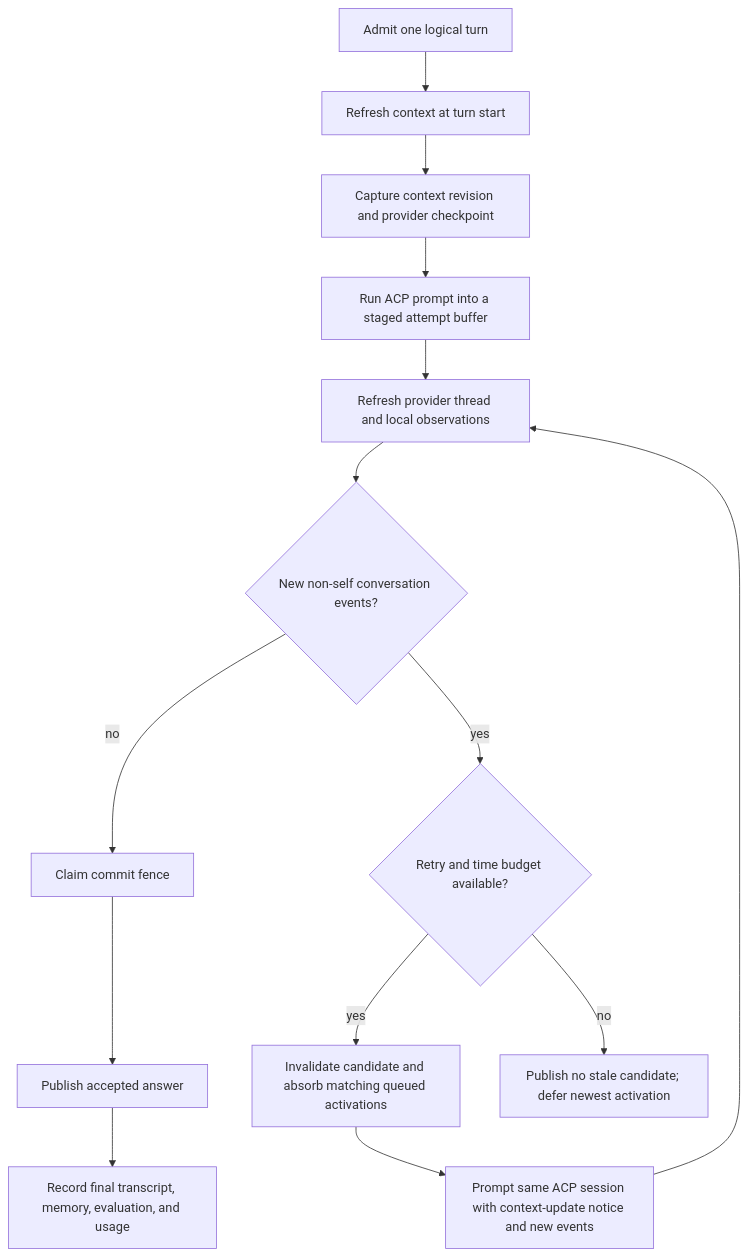
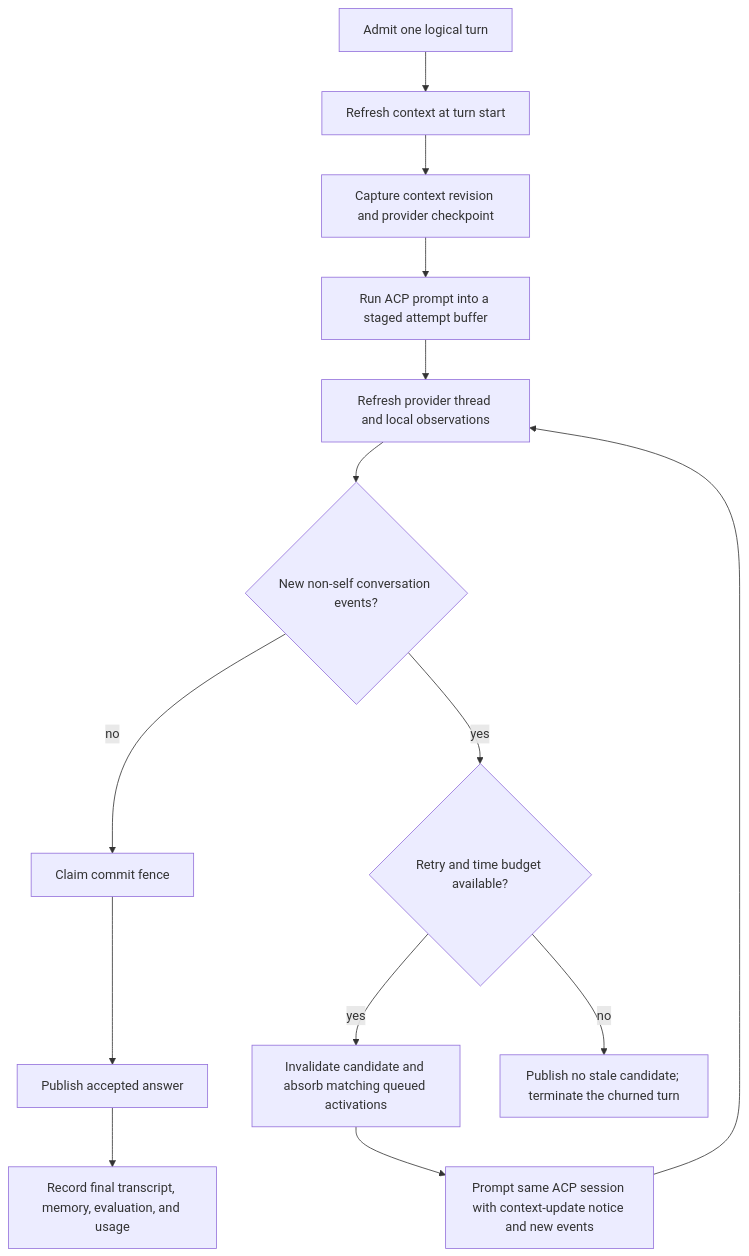
The diagram in docs/designs/turn-final-context-refresh.md (agentconnect-md/agentconnect), drawn with Mermaid before and after one commit. The commit also changed other lines of this file, not shown here.

````diff
--- a/docs/designs/turn-final-context-refresh.md
+++ b/docs/designs/turn-final-context-refresh.md
@@ -165,16 +168,16 @@
 ```mermaid
 flowchart TD
     A[Admit one logical turn] --> B[Refresh context at turn start]
     B --> C[Capture context revision and provider checkpoint]
     C --> D[Run ACP prompt into a staged attempt buffer]
     D --> E[Refresh provider thread and local observations]
     E --> F{New non-self conversation events?}
     F -- no --> G[Claim commit fence]
     G --> H[Publish accepted answer]
     H --> I[Record final transcript, memory, evaluation, and usage]
     F -- yes --> J{Retry and time budget available?}
     J -- yes --> K[Invalidate candidate and absorb matching queued activations]
     K --> L[Prompt same ACP session with context-update notice and new events]
     L --> E
-    J -- no --> M[Publish no stale candidate; defer newest activation]
+    J -- no --> M[Publish no stale candidate; terminate the churned turn]
 ```
````
